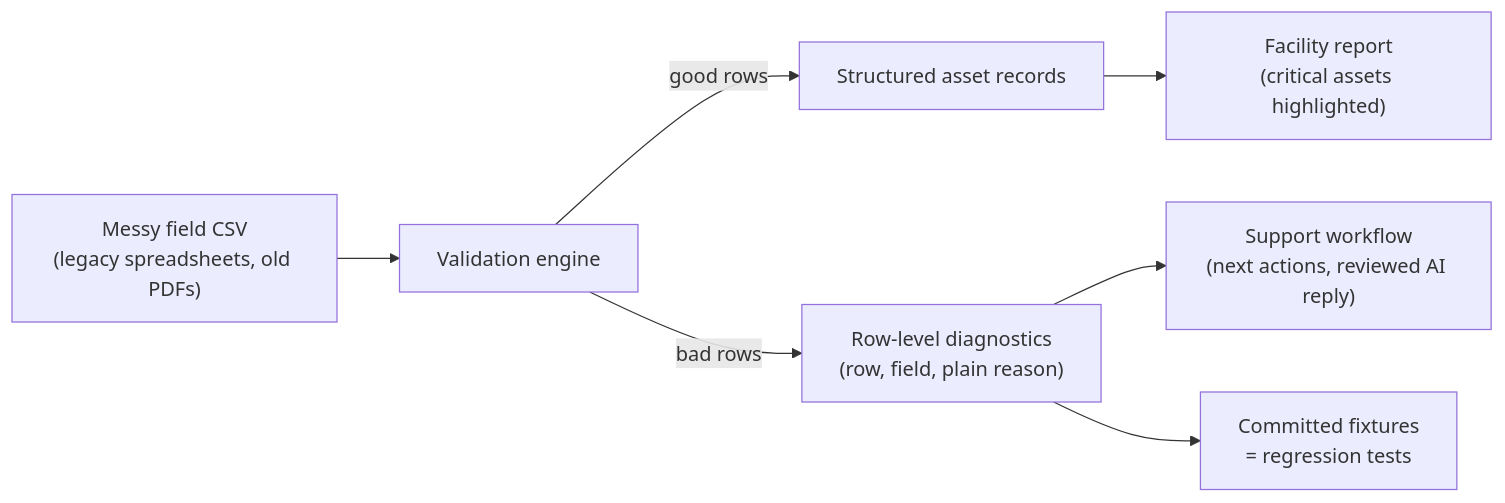
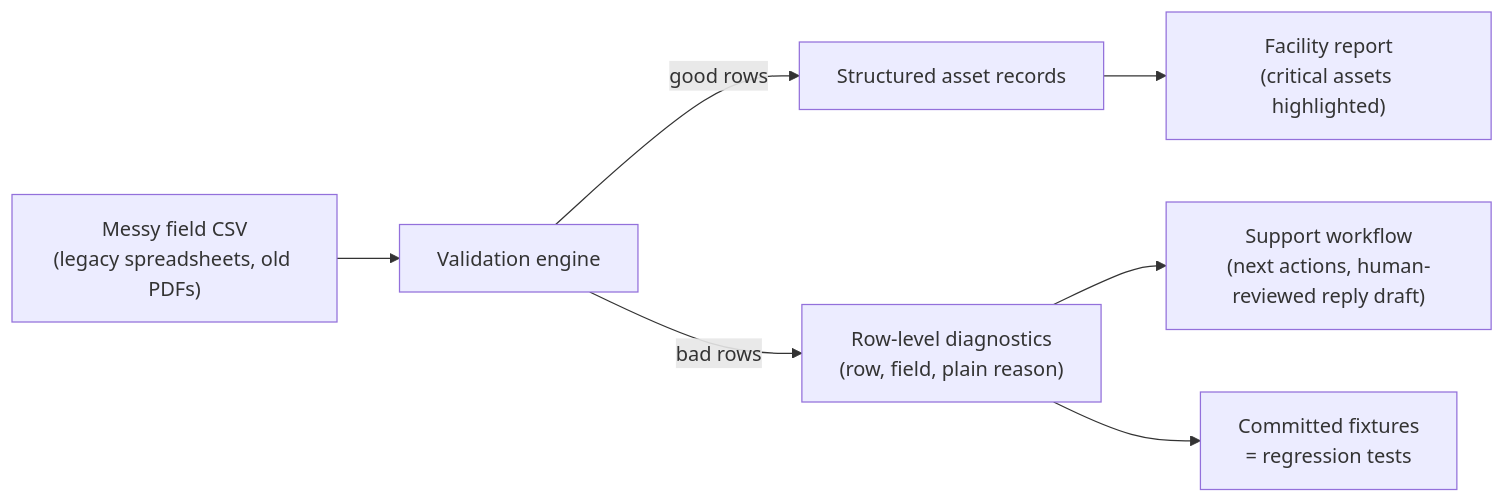
The diagram in README.md (ajcondondev/fieldasset-qa-lab), drawn with Mermaid before and after one commit. The commit also changed other lines of this file, not shown here.

````diff
--- a/README.md
+++ b/README.md
@@ -9,9 +9,9 @@
 ```mermaid
 flowchart LR
     A["Messy field CSV<br/>(legacy spreadsheets, old PDFs)"] --> B["Validation engine"]
     B -->|good rows| C["Structured asset records"]
     B -->|bad rows| D["Row-level diagnostics<br/>(row, field, plain reason)"]
     C --> E["Facility report<br/>(critical assets highlighted)"]
-    D --> F["Support workflow<br/>(next actions, reviewed AI reply)"]
+    D --> F["Support workflow<br/>(next actions, human-reviewed reply draft)"]
     D --> G["Committed fixtures<br/>= regression tests"]
 ```
````
